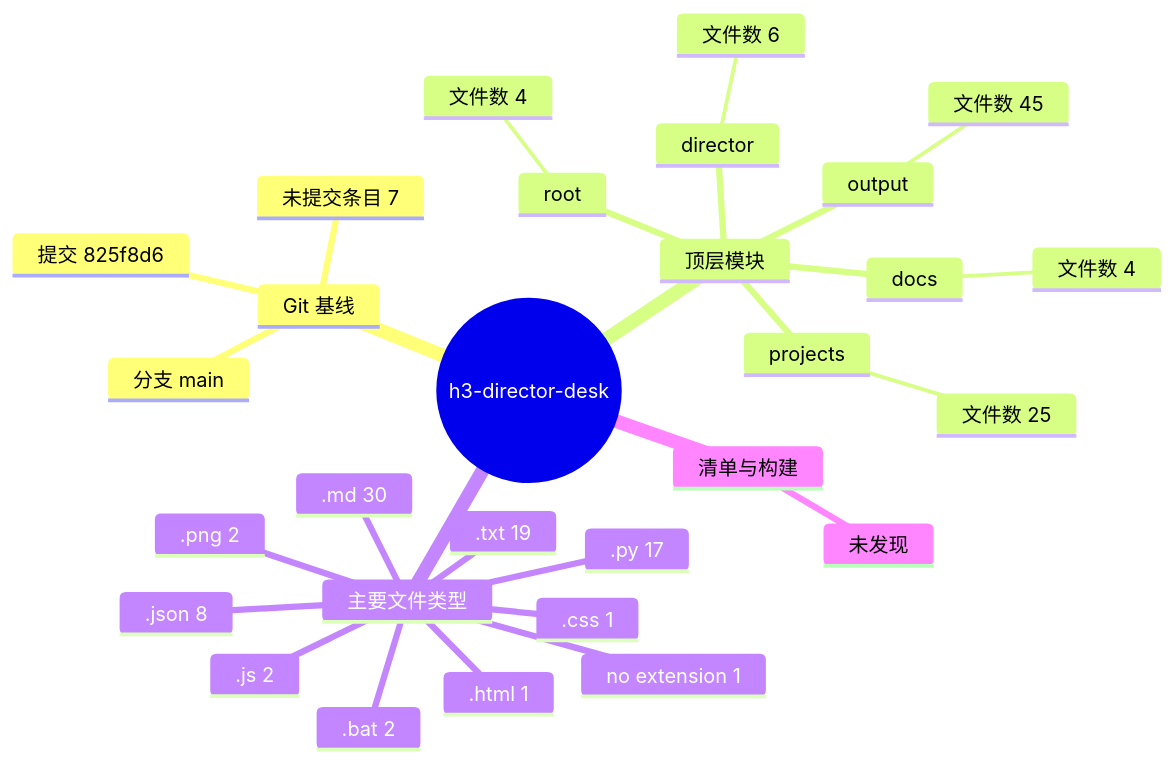
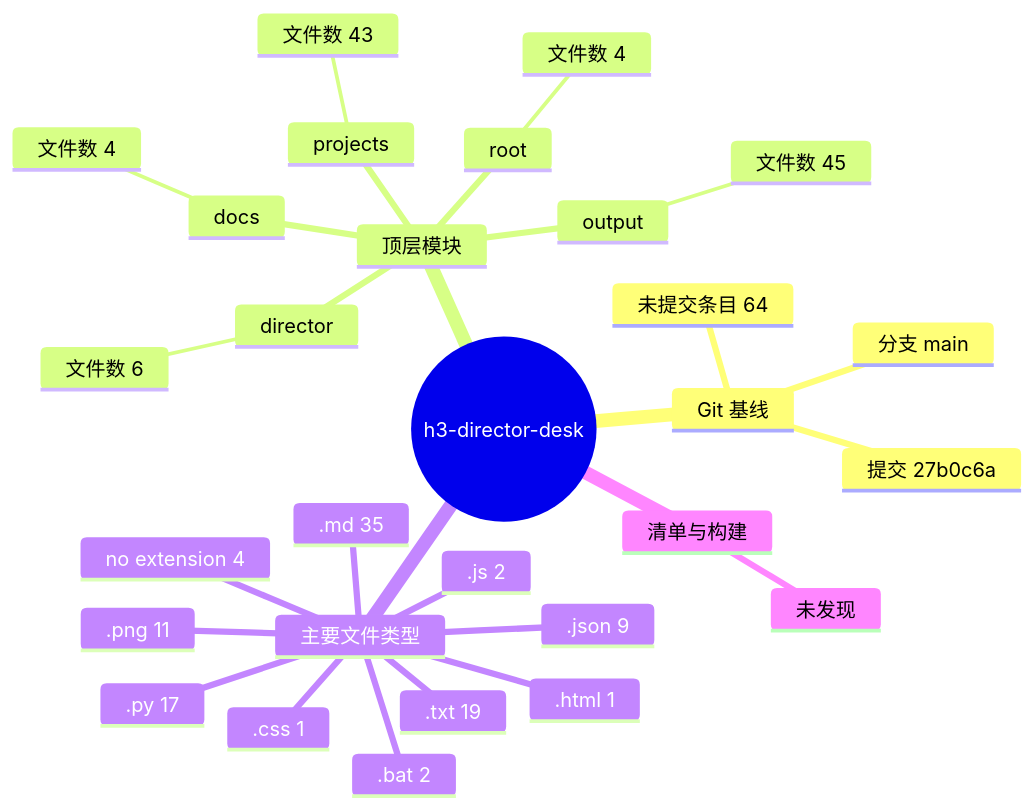
One commit to Exalex/h3-director-desk changed the diagram in docs/project-evolution/mindmaps/repository-structure.md. Above: the diagram before and after it, drawn with Mermaid. The commit also changed 63 other files, not shown here.

````diff
--- a/docs/project-evolution/mindmaps/repository-structure.md
+++ b/docs/project-evolution/mindmaps/repository-structure.md
@@ -5,32 +5,32 @@
 ```mermaid
 mindmap
   root((h3-director-desk))
     Git 基线
       分支 main
-      提交 825f8d6
-      未提交条目 7
+      提交 27b0c6a
+      未提交条目 64
     顶层模块
       output
         文件数 45
       projects
-        文件数 25
+        文件数 43
       director
         文件数 6
       root
         文件数 4
       docs
         文件数 4
     主要文件类型
-      .md 30
+      .md 35
       .txt 19
       .py 17
-      .json 8
+      .png 11
+      .json 9
+      no extension 4
       .bat 2
       .js 2
-      .png 2
-      no extension 1
       .html 1
       .css 1
     清单与构建
       未发现
 ```
````
